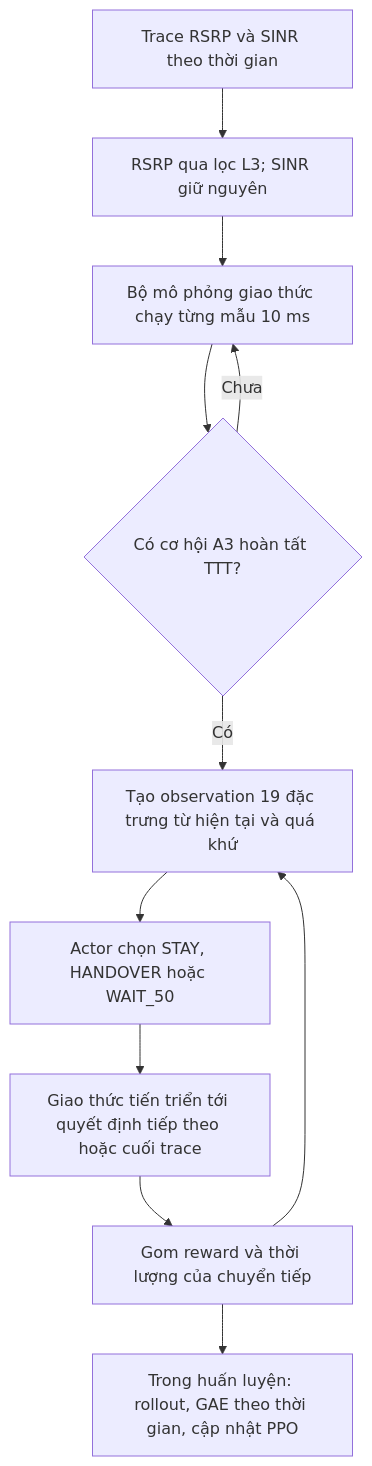
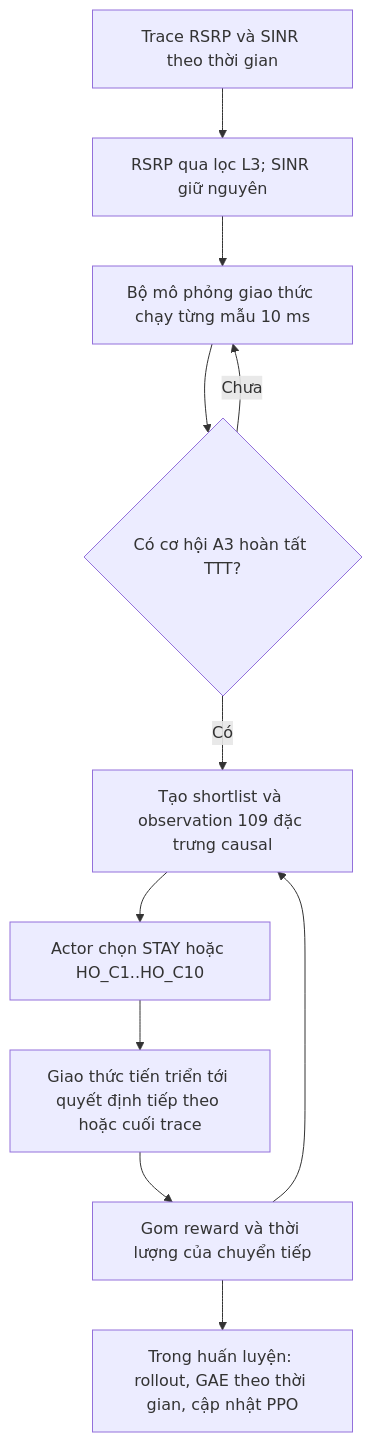
One commit to DoLamwork/HandoverPPO changed the diagram in docs/paper_writing_blueprint_vi.md. Above: the diagram before and after it, drawn with Mermaid. The commit also changed other lines of this file and 44 other files, not shown here.

````diff
--- a/docs/paper_writing_blueprint_vi.md
+++ b/docs/paper_writing_blueprint_vi.md
@@ -41,13 +41,13 @@
 ```mermaid
 flowchart TD
   A[Trace RSRP và SINR theo thời gian] --> B[RSRP qua lọc L3; SINR giữ nguyên]
   B --> C[Bộ mô phỏng giao thức chạy từng mẫu 10 ms]
   C --> D{Có cơ hội A3 hoàn tất TTT?}
   D -->|Chưa| C
-  D -->|Có| E[Tạo observation 19 đặc trưng từ hiện tại và quá khứ]
-  E --> F[Actor chọn STAY, HANDOVER hoặc WAIT_50]
+  D -->|Có| E[Tạo shortlist và observation 109 đặc trưng causal]
+  E --> F[Actor chọn STAY hoặc HO_C1..HO_C10]
   F --> G[Giao thức tiến triển tới quyết định tiếp theo hoặc cuối trace]
   G --> H[Gom reward và thời lượng của chuyển tiếp]
   H --> E
   H --> I[Trong huấn luyện: rollout, GAE theo thời gian, cập nhật PPO]
 ```
````
